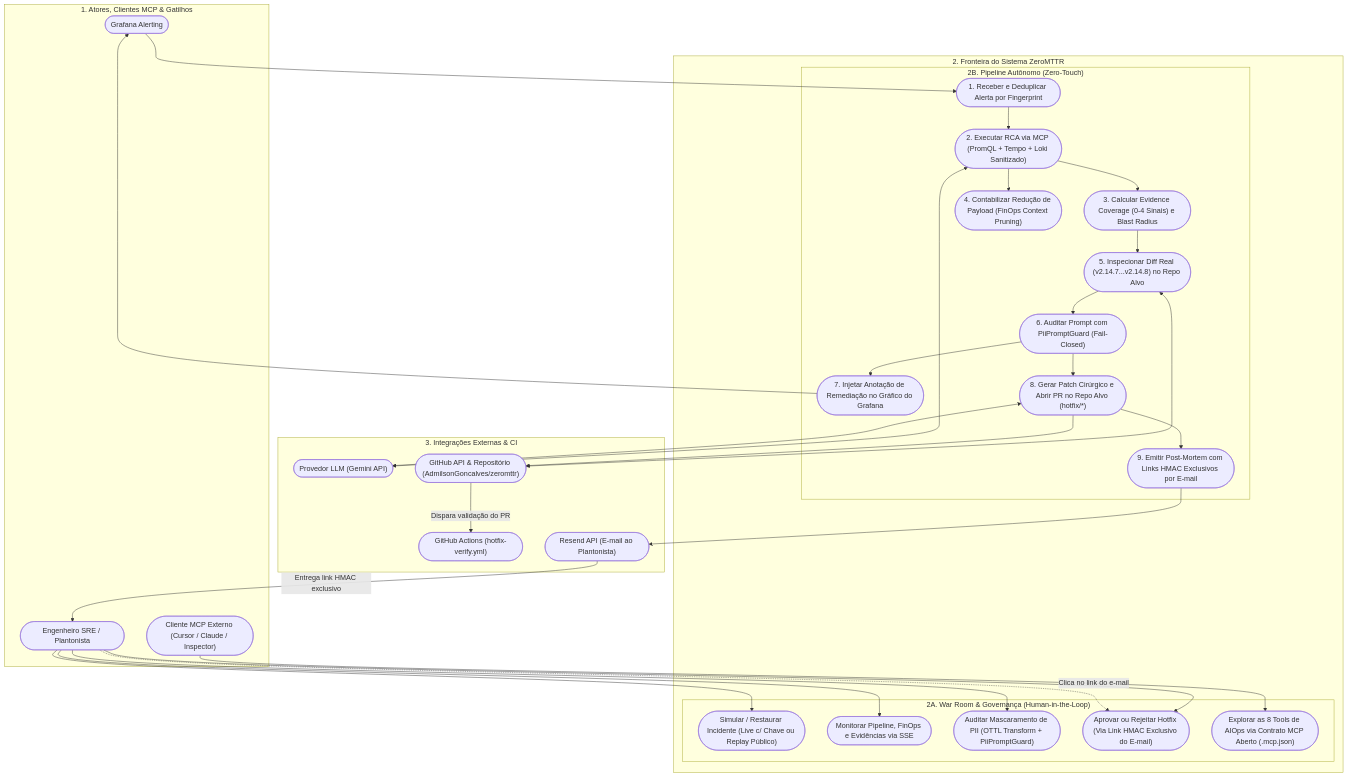
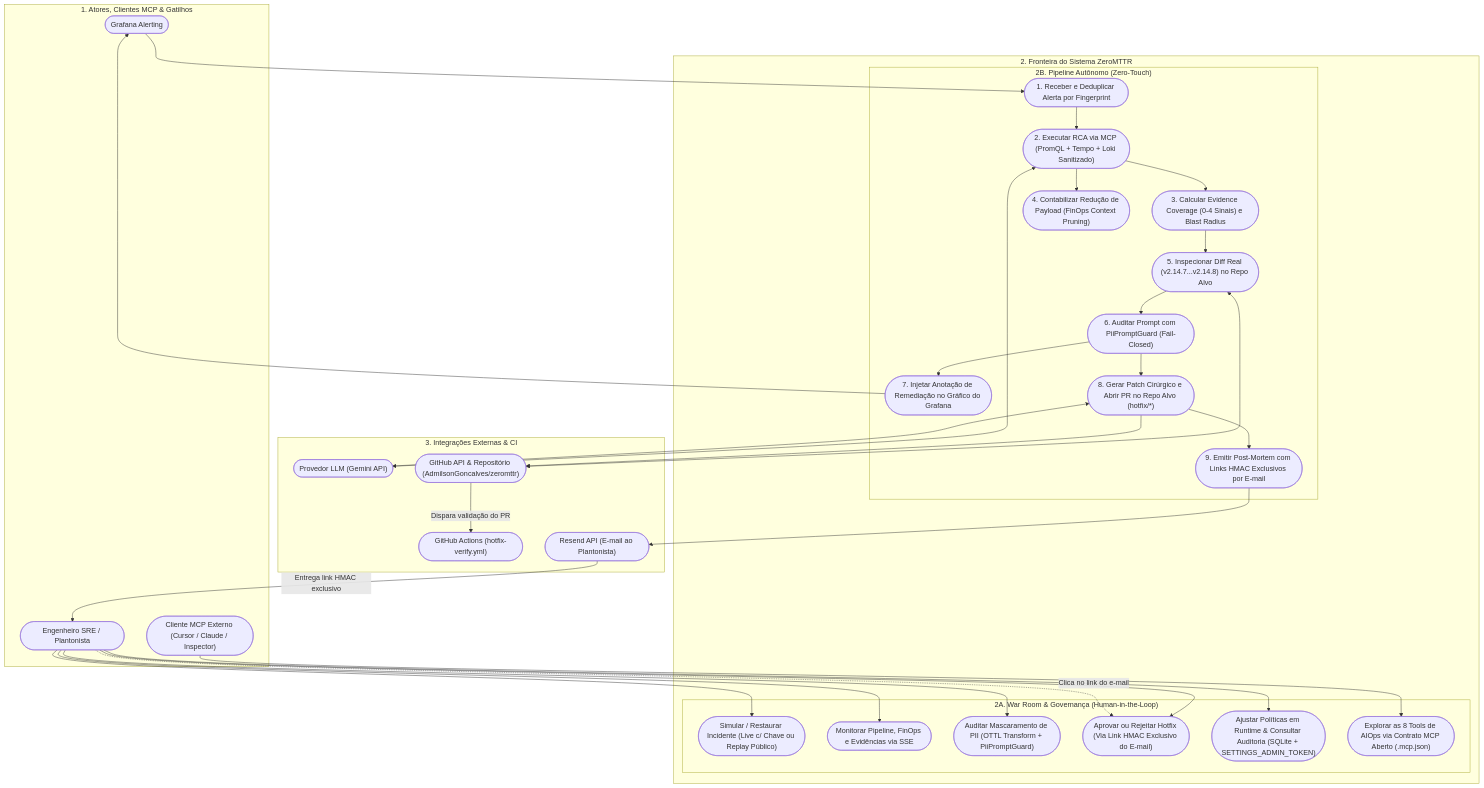
One commit to AdmilsonGoncalves/zeromttr changed the first of 6 diagrams in docs/pt-BR/01_system_diagrams.md. Above: the diagram before and after it, drawn with Mermaid. The commit also changed other lines of this file and 31 other files, not shown here.

First line of the commit message:
docs: sync READMEs, architecture, ADRs and tech specs in PT/EN/ES

````diff
--- a/docs/pt-BR/01_system_diagrams.md
+++ b/docs/pt-BR/01_system_diagrams.md
@@ -16,68 +16,70 @@
 ```mermaid
 flowchart TD
     subgraph Atores["1. Atores, Clientes MCP & Gatilhos"]
         SRE(["Engenheiro SRE / Plantonista"])
         EXT_MCP(["Cliente MCP Externo (Cursor / Claude / Inspector)"])
         GRAF(["Grafana Alerting"])
     end
 
     subgraph ZeroMTTR_Boundary["2. Fronteira do Sistema ZeroMTTR"]
         subgraph Operacao_Interativa["2A. War Room & Governança (Human-in-the-Loop)"]
             UC_SIM(["Simular / Restaurar Incidente (Live c/ Chave ou Replay Público)"])
             UC_MON(["Monitorar Pipeline, FinOps e Evidências via SSE"])
             UC_PII(["Auditar Mascaramento de PII (OTTL Transform + PiiPromptGuard)"])
             UC_DEC(["Aprovar ou Rejeitar Hotfix (Via Link HMAC Exclusivo do E-mail)"])
+            UC_CFG(["Ajustar Políticas em Runtime & Consultar Auditoria (SQLite + SETTINGS_ADMIN_TOKEN)"])
             UC_EXT(["Explorar as 8 Tools de AIOps via Contrato MCP Aberto (.mcp.json)"])
         end
 
         subgraph Pipeline_Autonomo["2B. Pipeline Autônomo (Zero-Touch)"]
             UC_ALT(["1. Receber e Deduplicar Alerta por Fingerprint"])
             UC_RCA(["2. Executar RCA via MCP (PromQL + Tempo + Loki Sanitizado)"])
             UC_COV(["3. Calcular Evidence Coverage (0-4 Sinais) e Blast Radius"])
             UC_FIN(["4. Contabilizar Redução de Payload (FinOps Context Pruning)"])
             UC_DIFF(["5. Inspecionar Diff Real (v2.14.7...v2.14.8) no Repo Alvo"])
             UC_GUARD(["6. Auditar Prompt com PiiPromptGuard (Fail-Closed)"])
             UC_ANN(["7. Injetar Anotação de Remediação no Gráfico do Grafana"])
             UC_PR(["8. Gerar Patch Cirúrgico e Abrir PR no Repo Alvo (hotfix/*)"])
             UC_NOT(["9. Emitir Post-Mortem com Links HMAC Exclusivos por E-mail"])
         end
     end
 
     subgraph Provedores_Externos["3. Integrações Externas & CI"]
         LLM(["Provedor LLM (Gemini API)"])
         GH(["GitHub API & Repositório (AdmilsonGoncalves/zeromttr)"])
         GHCI(["GitHub Actions (hotfix-verify.yml)"])
         RS(["Resend API (E-mail ao Plantonista)"])
     end
 
     %% Ações do SRE e Cliente MCP Externo
     SRE --> UC_SIM
     SRE --> UC_MON
     SRE --> UC_PII
     SRE --> UC_DEC
+    SRE --> UC_CFG
     EXT_MCP --> UC_EXT
 
     %% Gatilho do Grafana
     GRAF --> UC_ALT
 
     %% Fluxo autônomo
     UC_ALT --> UC_RCA
     UC_RCA --> UC_COV
     UC_RCA --> UC_FIN
     UC_COV --> UC_DIFF
     UC_DIFF --> UC_GUARD
     UC_GUARD --> UC_ANN
     UC_GUARD --> UC_PR
     UC_PR --> UC_NOT
 
     %% Integrações externas
     UC_RCA <--> LLM
     UC_DIFF <--> GH
     UC_ANN --> GRAF
     UC_PR <--> LLM
     UC_PR --> GH
     GH -->|"Dispara validação do PR"| GHCI
     UC_NOT --> RS
     RS -->|"Entrega link HMAC exclusivo"| SRE
     SRE -.->|"Clica no link do e-mail"| UC_DEC
 ```
````
